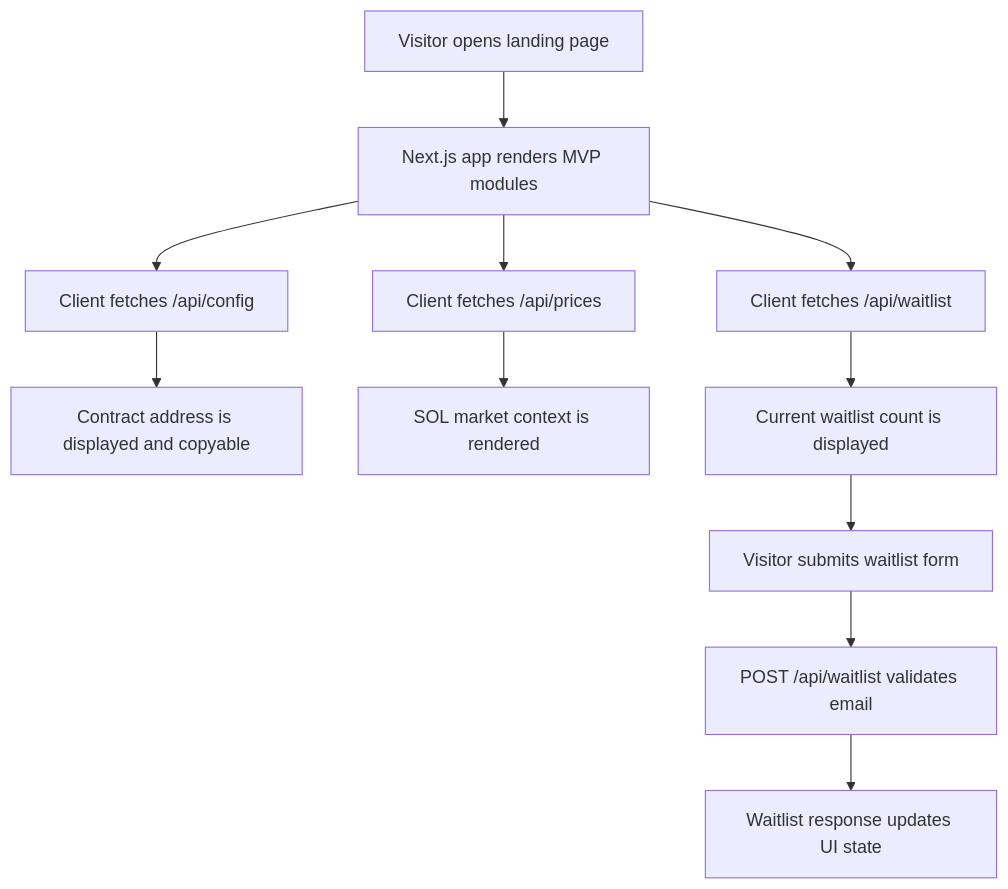
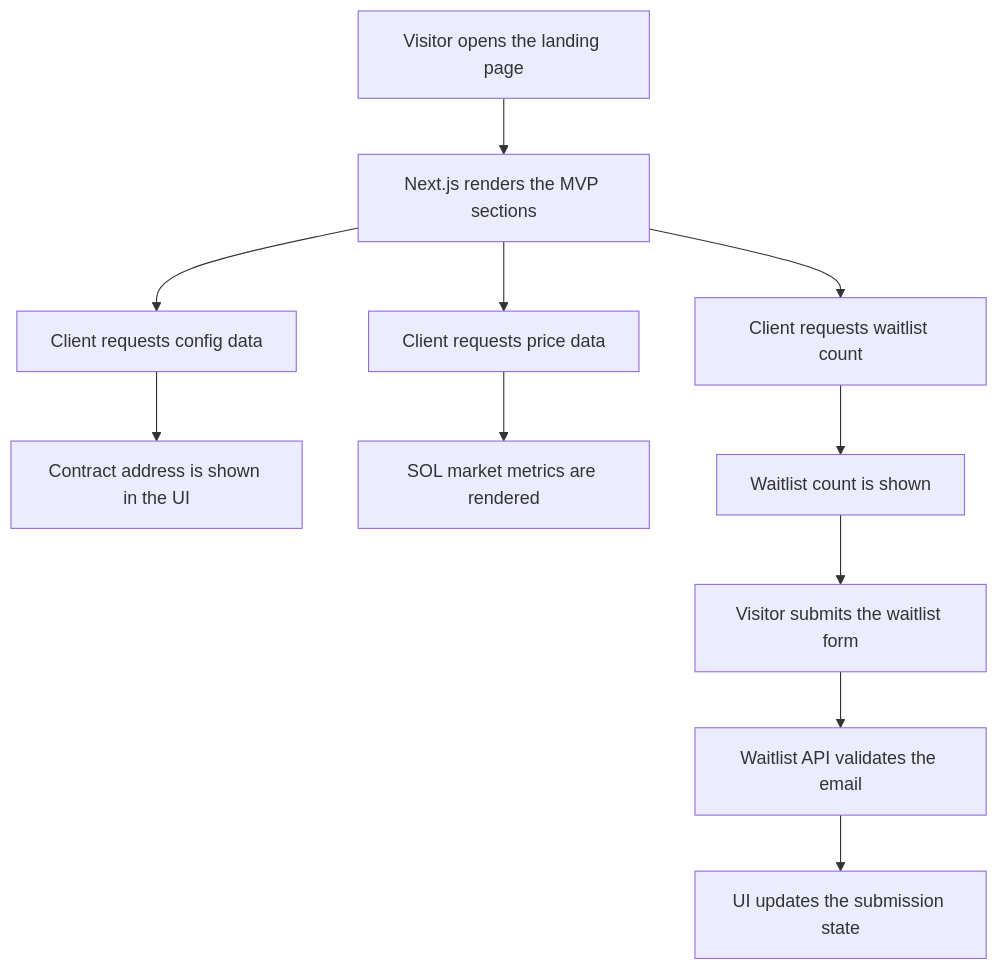
One commit to Lumo-sol/Lumora changed the diagram in README.md. Above: the diagram before and after it, drawn with Mermaid. The commit also changed other lines of this file and 1 other file, not shown here.

Commit message:
Refine README flow and add license

````diff
--- a/README.md
+++ b/README.md
@@ -119,13 +120,13 @@
 ```mermaid
-flowchart TD
-    A["Visitor opens landing page"] --> B["Next.js app renders MVP modules"]
-    B --> C["Client fetches /api/config"]
-    B --> D["Client fetches /api/prices"]
-    B --> E["Client fetches /api/waitlist"]
-    C --> F["Contract address is displayed and copyable"]
-    D --> G["SOL market context is rendered"]
-    E --> H["Current waitlist count is displayed"]
-    H --> I["Visitor submits waitlist form"]
-    I --> J["POST /api/waitlist validates email"]
-    J --> K["Waitlist response updates UI state"]
+graph TD
+    A[Visitor opens the landing page] --> B[Next.js renders the MVP sections]
+    B --> C[Client requests config data]
+    B --> D[Client requests price data]
+    B --> E[Client requests waitlist count]
+    C --> F[Contract address is shown in the UI]
+    D --> G[SOL market metrics are rendered]
+    E --> H[Waitlist count is shown]
+    H --> I[Visitor submits the waitlist form]
+    I --> J[Waitlist API validates the email]
+    J --> K[UI updates the submission state]
 ```
````
